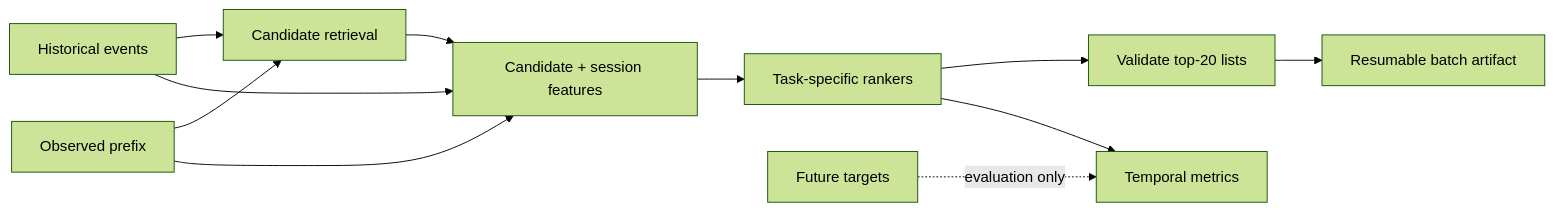
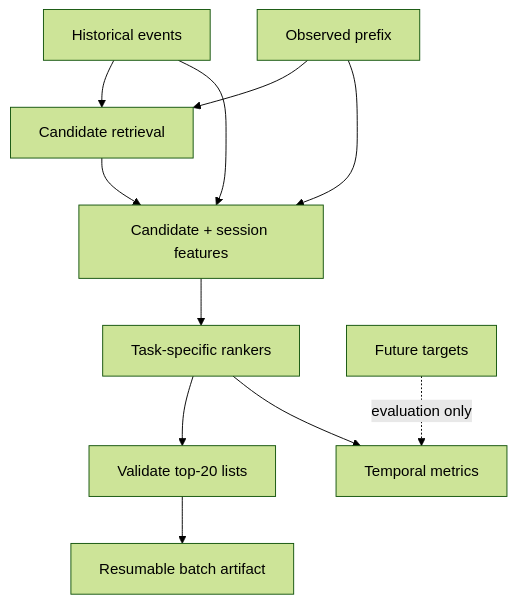
The diagram in README.md (alvaromendizabal/otto-recommender-system), drawn with Mermaid (forest theme) before and after one commit. The commit also changed other lines of this file and 23 other files, not shown here.

````diff
--- a/README.md
+++ b/README.md
@@ -46,13 +43,13 @@
 ```mermaid
-flowchart LR
+flowchart TD
     H[Historical events] --> C[Candidate retrieval]
     P[Observed prefix] --> C
     C --> F[Candidate + session features]
     H --> F
     P --> F
     F --> R[Task-specific rankers]
     R --> V[Validate top-20 lists]
     V --> B[Resumable batch artifact]
     T[Future targets] -. evaluation only .-> E[Temporal metrics]
     R --> E
 ```
````
